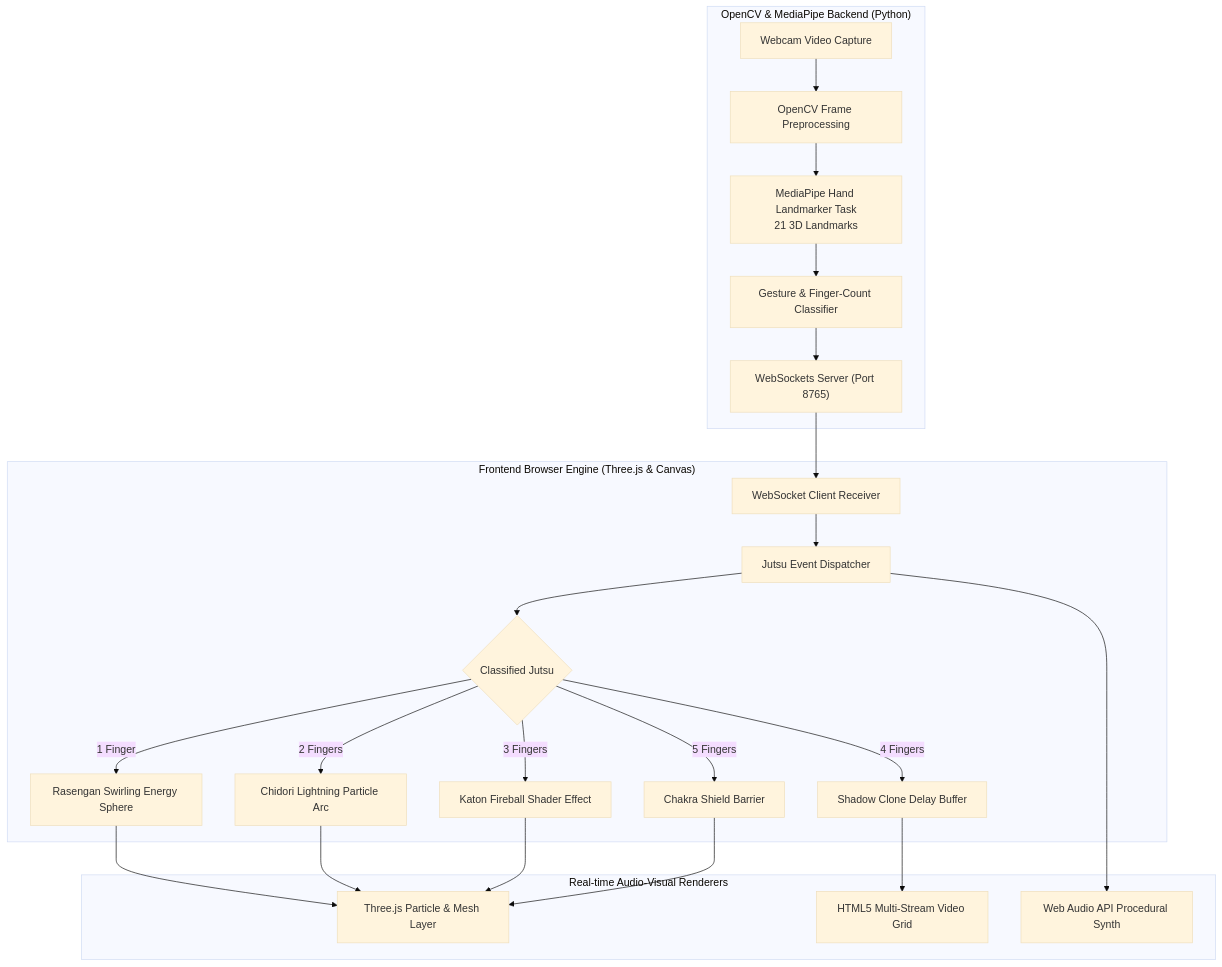
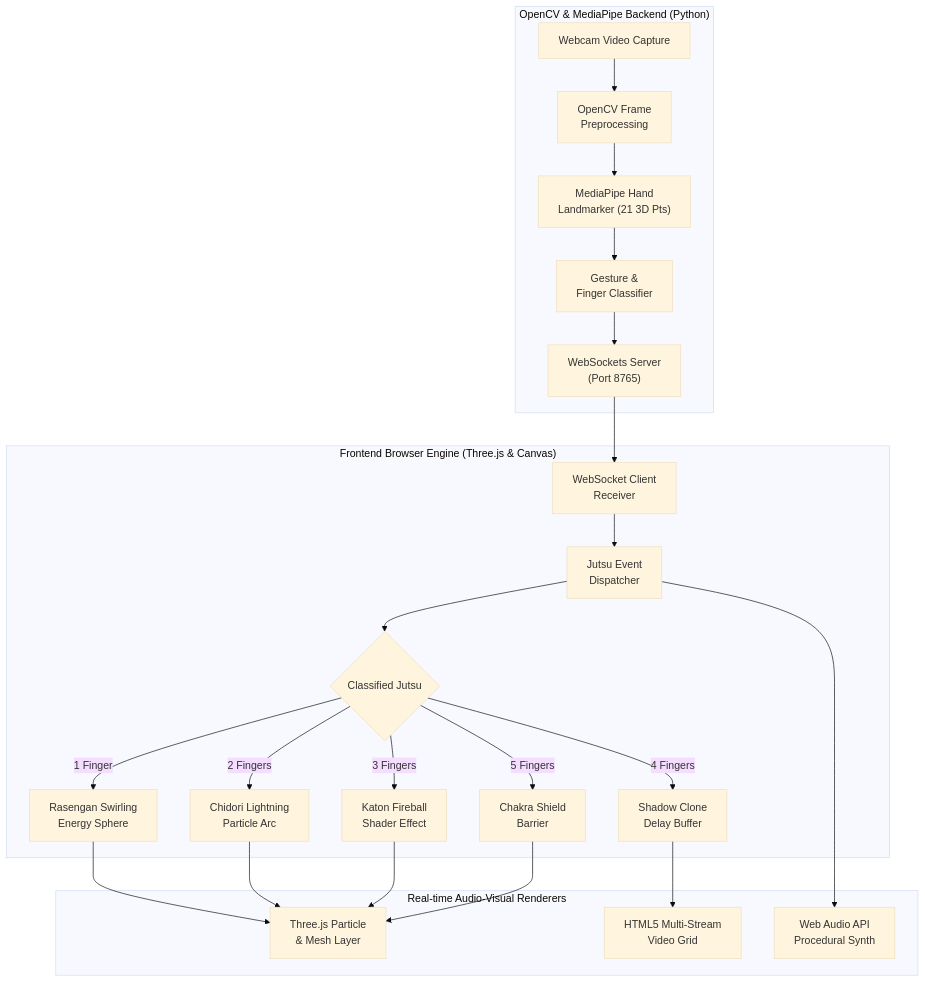
The diagram in README.md (ISBANDURAHUMAN-R/NINJA-ACADEMY), drawn with Mermaid (base theme) before and after one commit.

Commit message:
docs: fix Mermaid diagram text visibility, wrapping and responsive layout

````diff
--- a/README.md
+++ b/README.md
@@ -20,30 +20,30 @@
 ```mermaid
 graph TD
     subgraph VisionPipeline ["OpenCV & MediaPipe Backend (Python)"]
-        Cam["Webcam Video Capture"] --> CV["OpenCV Frame Preprocessing"]
-        CV --> MP["MediaPipe Hand Landmarker Task<br/>21 3D Landmarks"]
-        MP --> GestureDetect["Gesture & Finger-Count Classifier"]
-        GestureDetect --> WSServer["WebSockets Server (Port 8765)"]
+        Cam["Webcam Video Capture"] --> CV["OpenCV Frame<br/>Preprocessing"]
+        CV --> MP["MediaPipe Hand<br/>Landmarker (21 3D Pts)"]
+        MP --> GestureDetect["Gesture &amp;<br/>Finger Classifier"]
+        GestureDetect --> WSServer["WebSockets Server<br/>(Port 8765)"]
     end
 
     subgraph BrowserClient ["Frontend Browser Engine (Three.js & Canvas)"]
-        WSClient["WebSocket Client Receiver"] --> StateBus["Jutsu Event Dispatcher"]
+        WSClient["WebSocket Client<br/>Receiver"] --> StateBus["Jutsu Event<br/>Dispatcher"]
         StateBus --> JutsuState{"Classified Jutsu"}
-        JutsuState -- 1 Finger --> Rasengan["Rasengan Swirling Energy Sphere"]
-        JutsuState -- 2 Fingers --> Chidori["Chidori Lightning Particle Arc"]
-        JutsuState -- 3 Fingers --> Fireball["Katon Fireball Shader Effect"]
-        JutsuState -- 4 Fingers --> Clone["Shadow Clone Delay Buffer"]
-        JutsuState -- 5 Fingers --> Barrier["Chakra Shield Barrier"]
+        JutsuState -- 1 Finger --> Rasengan["Rasengan Swirling<br/>Energy Sphere"]
+        JutsuState -- 2 Fingers --> Chidori["Chidori Lightning<br/>Particle Arc"]
+        JutsuState -- 3 Fingers --> Fireball["Katon Fireball<br/>Shader Effect"]
+        JutsuState -- 4 Fingers --> Clone["Shadow Clone<br/>Delay Buffer"]
+        JutsuState -- 5 Fingers --> Barrier["Chakra Shield<br/>Barrier"]
     end
 
     subgraph GraphicsAudio ["Real-time Audio-Visual Renderers"]
-        Rasengan --> ThreeMesh["Three.js Particle & Mesh Layer"]
+        Rasengan --> ThreeMesh["Three.js Particle<br/>& Mesh Layer"]
         Chidori --> ThreeMesh
         Fireball --> ThreeMesh
         Barrier --> ThreeMesh
-        Clone --> CanvasMulti["HTML5 Multi-Stream Video Grid"]
-        StateBus --> AudioSynth["Web Audio API Procedural Synth"]
+        Clone --> CanvasMulti["HTML5 Multi-Stream<br/>Video Grid"]
+        StateBus --> AudioSynth["Web Audio API<br/>Procedural Synth"]
     end
 
     WSServer --> WSClient
 ```
````
